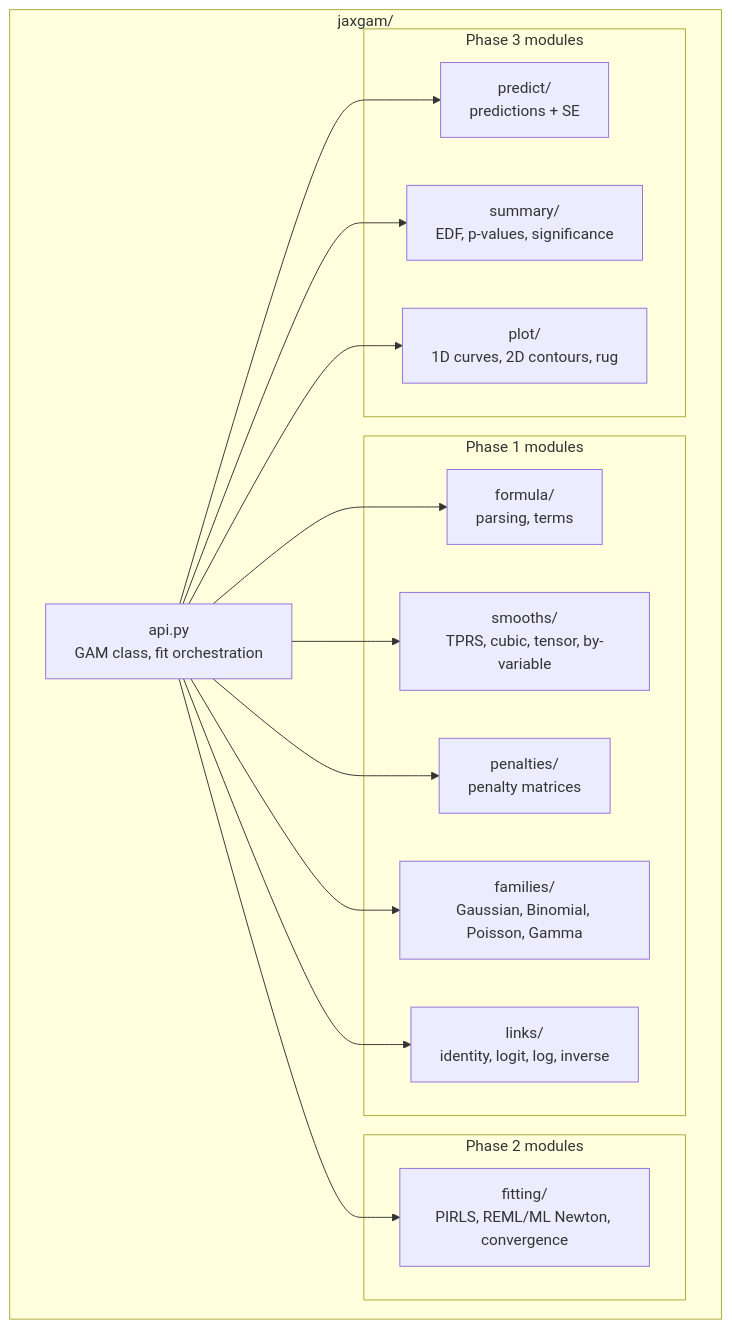
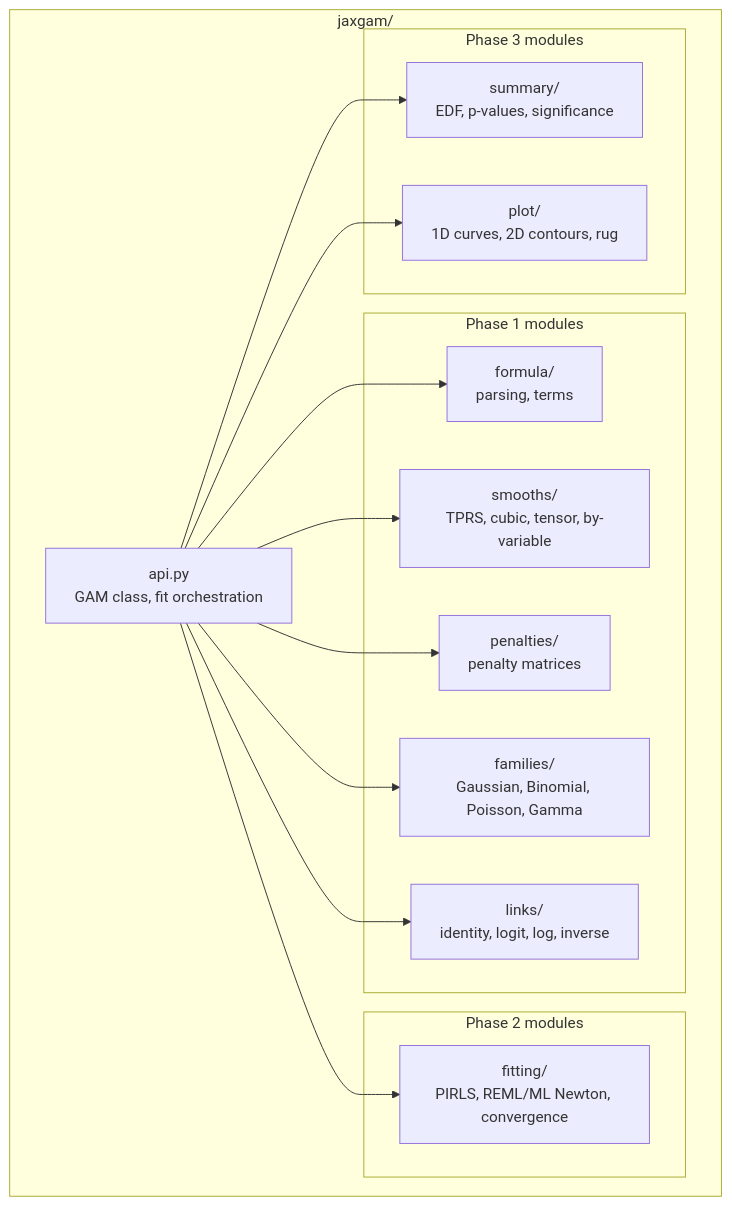
The second of 2 diagrams in CONTRIBUTING.md (scatt67/jaxgam), drawn with Mermaid before and after one commit. The commit also changed other lines of this file and 6 other files, not shown here.

````diff
--- a/CONTRIBUTING.md
+++ b/CONTRIBUTING.md
@@ -92,34 +92,32 @@
 ```mermaid
 graph TD
     subgraph "jaxgam/"
         API["api.py<br/>GAM class, fit orchestration"]
 
         subgraph "Phase 1 modules"
             F["formula/<br/>parsing, terms"]
             SM["smooths/<br/>TPRS, cubic, tensor, by-variable"]
             PEN["penalties/<br/>penalty matrices"]
             FAM["families/<br/>Gaussian, Binomial, Poisson, Gamma"]
             LNK["links/<br/>identity, logit, log, inverse"]
         end
 
         subgraph "Phase 2 modules"
             FIT["fitting/<br/>PIRLS, REML/ML Newton, convergence"]
         end
 
         subgraph "Phase 3 modules"
-            PRED["predict/<br/>predictions + SE"]
             SUM["summary/<br/>EDF, p-values, significance"]
             PLT["plot/<br/>1D curves, 2D contours, rug"]
         end
     end
 
     API --> F
     API --> SM
     API --> PEN
     API --> FAM
     API --> LNK
     API --> FIT
-    API --> PRED
     API --> SUM
     API --> PLT
 ```
````
